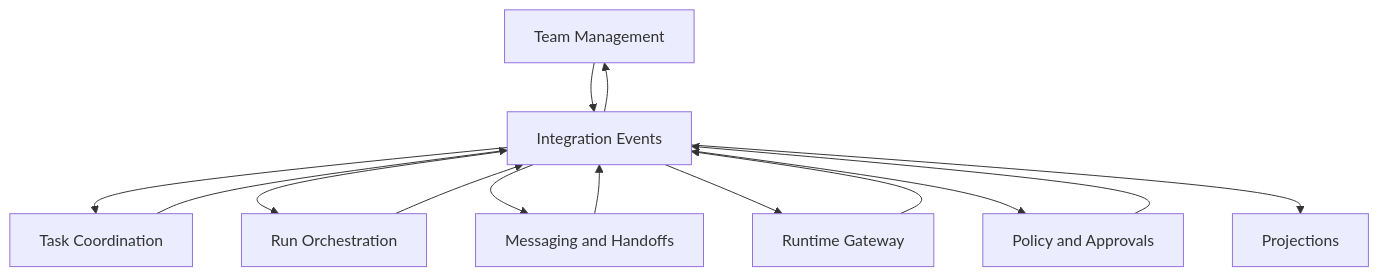
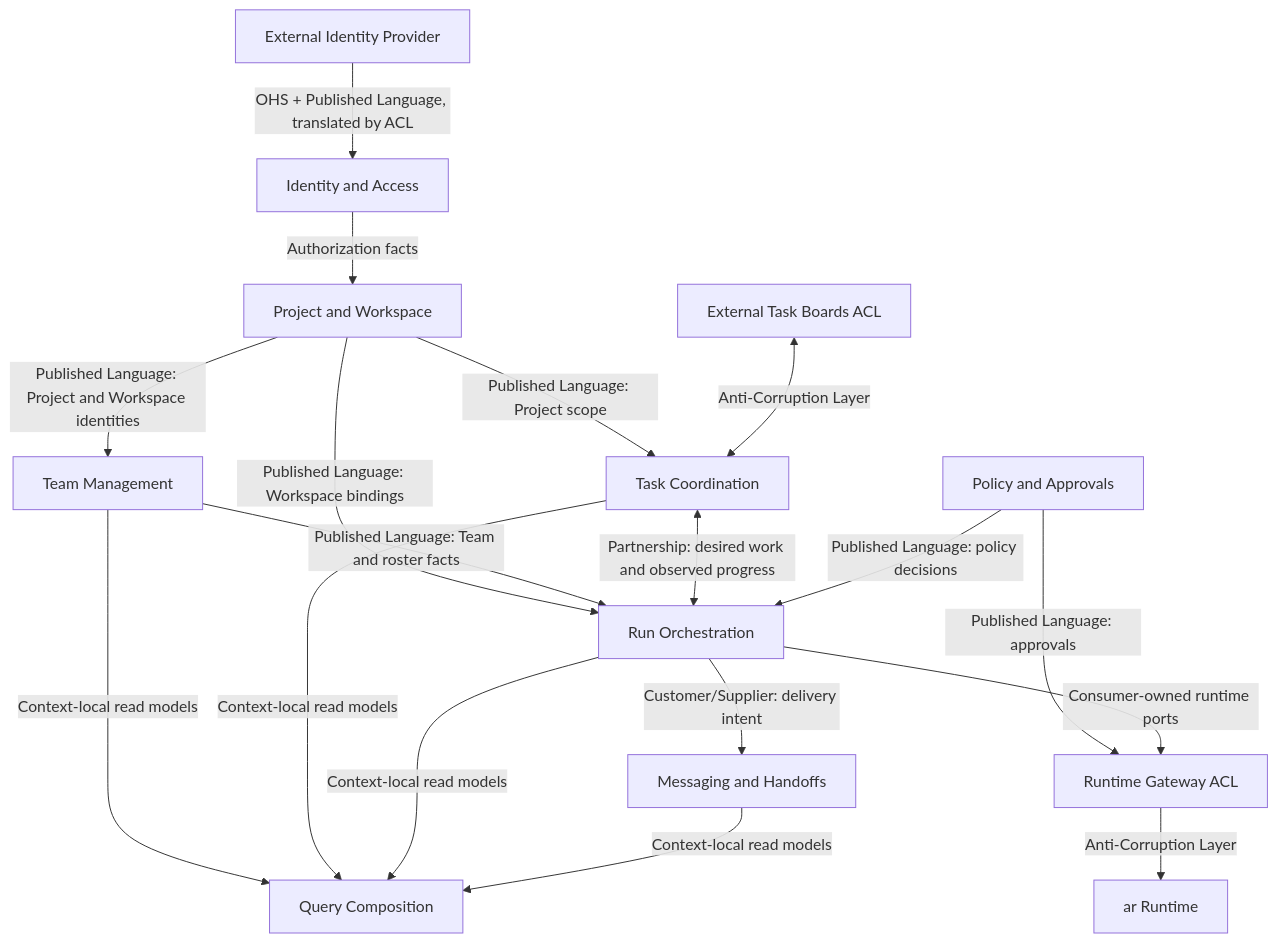
Before and after one commit to agent-teams-ai/agent-teams-orchestrator: the diagram in docs/architecture/context-map.md, drawn with Mermaid. The commit also changed other lines of this file and 16 other files, not shown here.

Commit message:
docs(architecture): harden context and dependency boundaries

````diff
--- a/docs/architecture/context-map.md
+++ b/docs/architecture/context-map.md
@@ -8,26 +30,33 @@
 ```mermaid
 flowchart TB
+    IdP["External Identity Provider"]
+    IAM["Identity and Access"]
+    Project["Project and Workspace"]
     Team["Team Management"]
     Tasks["Task Coordination"]
     Runs["Run Orchestration"]
     Messaging["Messaging and Handoffs"]
-    Runtime["Runtime Gateway"]
     Policy["Policy and Approvals"]
-    Projections["Projections"]
-    Events["Integration Events"]
+    Runtime["Runtime Gateway ACL"]
+    AR["ar Runtime"]
+    Boards["External Task Boards ACL"]
+    Query["Query Composition"]
 
-    Team --> Events
-    Tasks --> Events
-    Runs --> Events
-    Messaging --> Events
-    Runtime --> Events
-    Policy --> Events
-
-    Events --> Team
-    Events --> Tasks
-    Events --> Runs
-    Events --> Messaging
-    Events --> Runtime
-    Events --> Policy
-    Events --> Projections
+    IdP -->|"OHS + Published Language, translated by ACL"| IAM
+    IAM -->|"Authorization facts"| Project
+    Project -->|"Published Language: Project and Workspace identities"| Team
+    Project -->|"Published Language: Project scope"| Tasks
+    Project -->|"Published Language: Workspace bindings"| Runs
+    Team -->|"Published Language: Team and roster facts"| Runs
+    Tasks <-->|"Partnership: desired work and observed progress"| Runs
+    Runs -->|"Customer/Supplier: delivery intent"| Messaging
+    Policy -->|"Published Language: policy decisions"| Runs
+    Policy -->|"Published Language: approvals"| Runtime
+    Runs -->|"Consumer-owned runtime ports"| Runtime
+    Runtime -->|"Anti-Corruption Layer"| AR
+    Boards <-->|"Anti-Corruption Layer"| Tasks
+    Team -->|"Context-local read models"| Query
+    Tasks -->|"Context-local read models"| Query
+    Runs -->|"Context-local read models"| Query
+    Messaging -->|"Context-local read models"| Query
 ```
````
